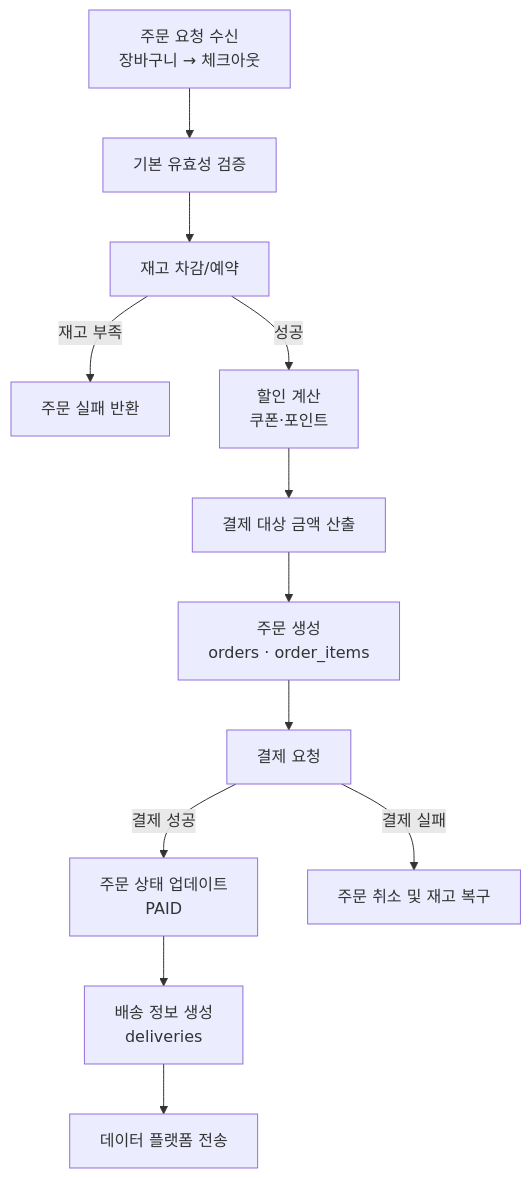
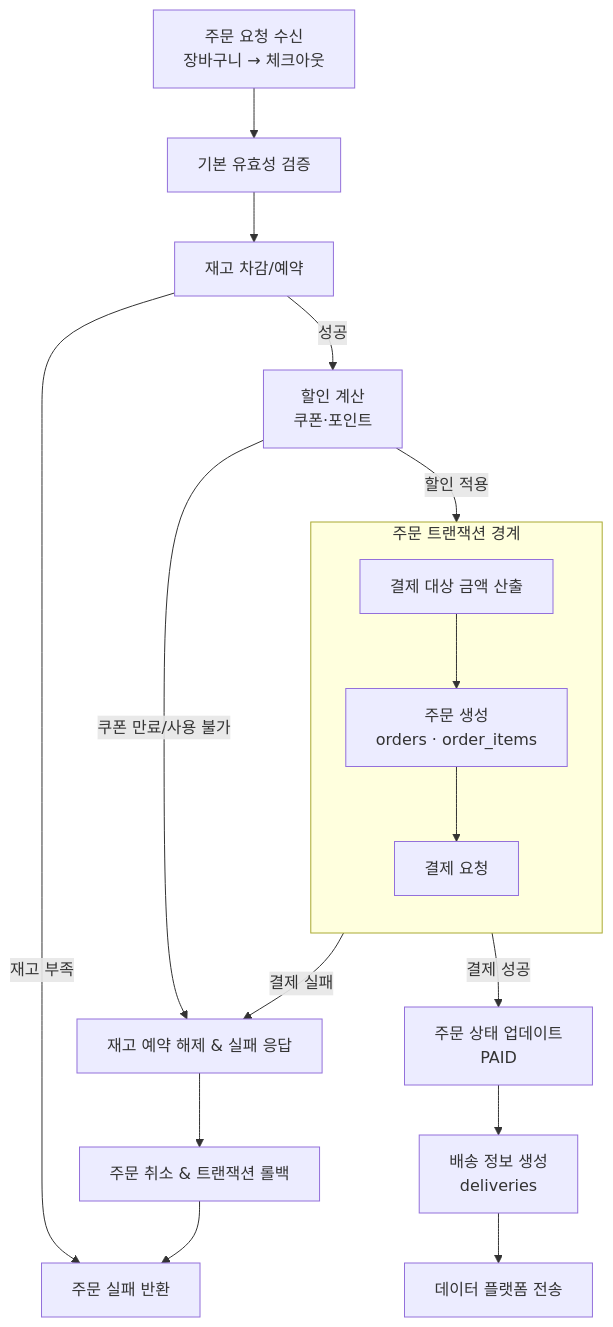
The diagram in joopang/specs/order/flowchart.mmd (titaniper/hp), drawn with Mermaid before and after one commit. The commit also changed 4 other files, not shown here.

Commit message:
refactor: error code enum 으로 수정 및 다이어그램 수정

```diff
--- a/joopang/specs/order/flowchart.mmd
+++ b/joopang/specs/order/flowchart.mmd
@@ -1,12 +1,18 @@
 flowchart TD
     A[주문 요청 수신<br/>장바구니 → 체크아웃] --> B[기본 유효성 검증]
     B --> C[재고 차감/예약]
     C -->|재고 부족| F[주문 실패 반환]
     C -->|성공| D[할인 계산<br/>쿠폰·포인트]
-    D --> E[결제 대상 금액 산출]
-    E --> G[주문 생성<br/>orders · order_items]
-    G --> H[결제 요청]
+    D -->|쿠폰 만료/사용 불가| J[재고 예약 해제 & 실패 응답]
+    D -->|할인 적용| E[결제 대상 금액 산출]
+    subgraph T[주문 트랜잭션 경계]
+        direction TB
+        E --> G[주문 생성<br/>orders · order_items]
+        G --> H[결제 요청]
+    end
     H -->|결제 성공| I[주문 상태 업데이트<br/>PAID]
-    H -->|결제 실패| J[주문 취소 및 재고 복구]
+    H -->|결제 실패| J
     I --> K[배송 정보 생성<br/>deliveries]
     K --> L[데이터 플랫폼 전송]
+    J --> M[주문 취소 & 트랜잭션 롤백]
+    M --> F
```
